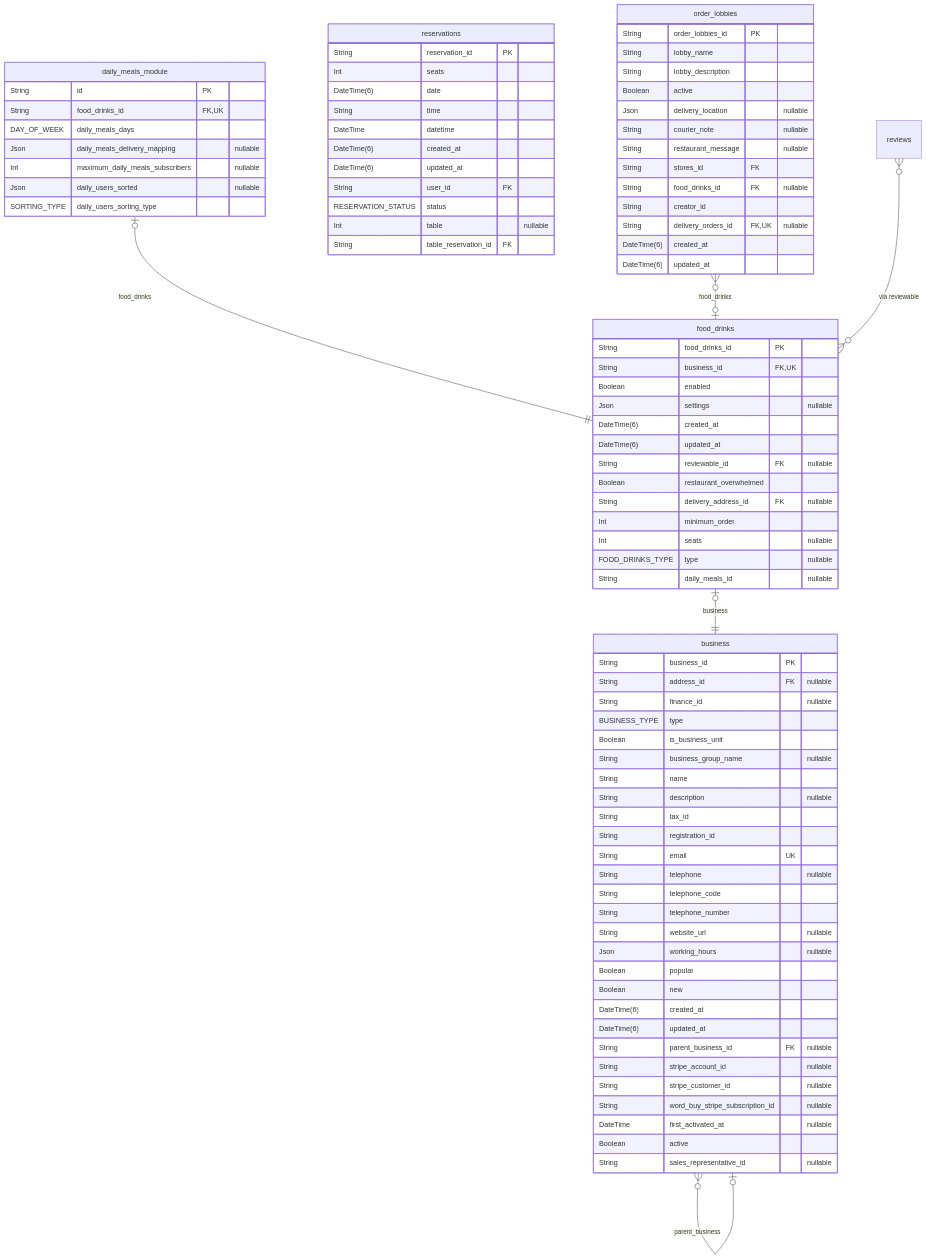
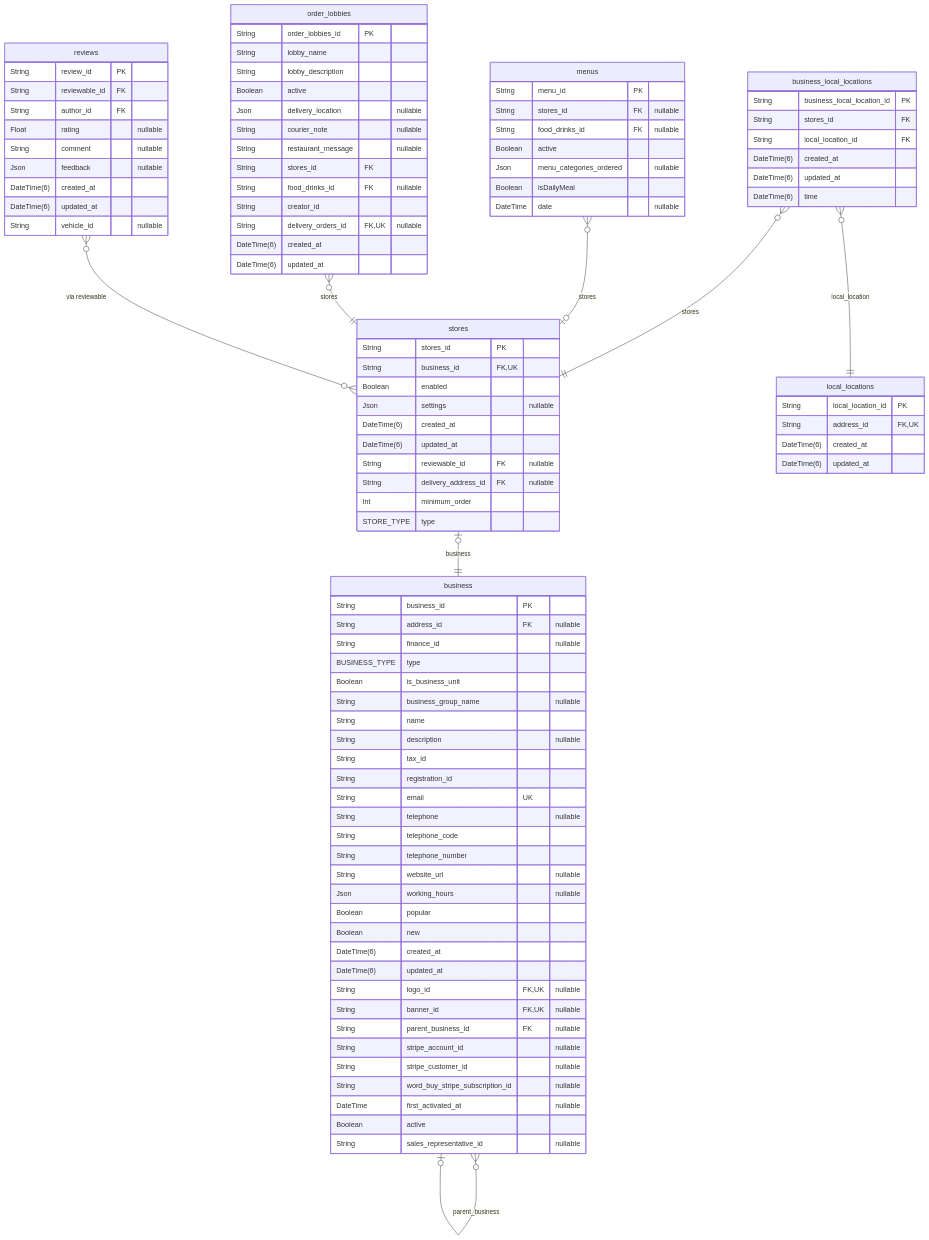
Diagram 20 of 39 in prisma/schemas/ERD.md (pbozic/be-analyisis), drawn with Mermaid before and after one commit. The commit also changed other lines of this file and 6 other files, not shown here.

Commit message:
feature: erd bloat update + relation names change + removed newline in post-processing function

````diff
--- a/prisma/schemas/ERD.md
+++ b/prisma/schemas/ERD.md
@@ -5142,26 +3232,30 @@
 ```mermaid
 erDiagram
-"daily_meals_module" {
-  String id PK
-  String food_drinks_id FK,UK
-  DAY_OF_WEEK daily_meals_days
-  Json daily_meals_delivery_mapping "nullable"
-  Int maximum_daily_meals_subscribers "nullable"
-  Json daily_users_sorted "nullable"
-  SORTING_TYPE daily_users_sorting_type
-}
-"reservations" {
-  String reservation_id PK
-  Int seats
-  DateTime(6) date
-  String time
-  DateTime datetime
+"stores" {
+  String stores_id PK
+  String business_id FK,UK
+  Boolean enabled
+  Json settings "nullable"
   DateTime(6) created_at
   DateTime(6) updated_at
-  String user_id FK
-  RESERVATION_STATUS status
-  Int table "nullable"
-  String table_reservation_id FK
+  String reviewable_id FK "nullable"
+  String delivery_address_id FK "nullable"
+  Int minimum_order
+  STORE_TYPE type
+}
+"business_local_locations" {
+  String business_local_location_id PK
+  String stores_id FK
+  String local_location_id FK
+  DateTime(6) created_at
+  DateTime(6) updated_at
+  DateTime(6) time
+}
+"local_locations" {
+  String local_location_id PK
+  String address_id FK,UK
+  DateTime(6) created_at
+  DateTime(6) updated_at
 }
 "business" {
   String business_id PK
@@ -5184,6 +3278,8 @@
   Boolean new
   DateTime(6) created_at
   DateTime(6) updated_at
+  String logo_id FK,UK "nullable"
+  String banner_id FK,UK "nullable"
   String parent_business_id FK "nullable"
   String stripe_account_id "nullable"
   String stripe_customer_id "nullable"
@@ -5192,20 +3288,25 @@
   Boolean active
   String sales_representative_id "nullable"
 }
-"food_drinks" {
-  String food_drinks_id PK
-  String business_id FK,UK
-  Boolean enabled
-  Json settings "nullable"
+"reviews" {
+  String review_id PK
+  String reviewable_id FK
+  String author_id FK
+  Float rating "nullable"
+  String comment "nullable"
+  Json feedback "nullable"
   DateTime(6) created_at
   DateTime(6) updated_at
-  String reviewable_id FK "nullable"
-  Boolean restaurant_overwhelmed
-  String delivery_address_id FK "nullable"
-  Int minimum_order
-  Int seats "nullable"
-  FOOD_DRINKS_TYPE type "nullable"
-  String daily_meals_id "nullable"
+  String vehicle_id "nullable"
+}
+"menus" {
+  String menu_id PK
+  String stores_id FK "nullable"
+  String food_drinks_id FK "nullable"
+  Boolean active
+  Json menu_categories_ordered "nullable"
+  Boolean isDailyMeal
+  DateTime date "nullable"
 }
 "order_lobbies" {
   String order_lobbies_id PK
@@ -5222,10 +3323,11 @@
   DateTime(6) created_at
   DateTime(6) updated_at
 }
-"daily_meals_module" |o--|| "food_drinks" : food_drinks
+"stores" |o--|| "business" : business
+"business_local_locations" }o--|| "local_locations" : local_location
+"business_local_locations" }o--|| "stores" : stores
 "business" }o--o| "business" : parent_business
-"food_drinks" |o--|| "business" : business
-"order_lobbies" }o--o| "food_drinks" : food_drinks
-
-"reviews" }o--o{ "food_drinks" : "via reviewable"
+"menus" }o--o| "stores" : stores
+"order_lobbies" }o--|| "stores" : stores
+"reviews" }o--o{ "stores" : "via reviewable"
 ```
````
